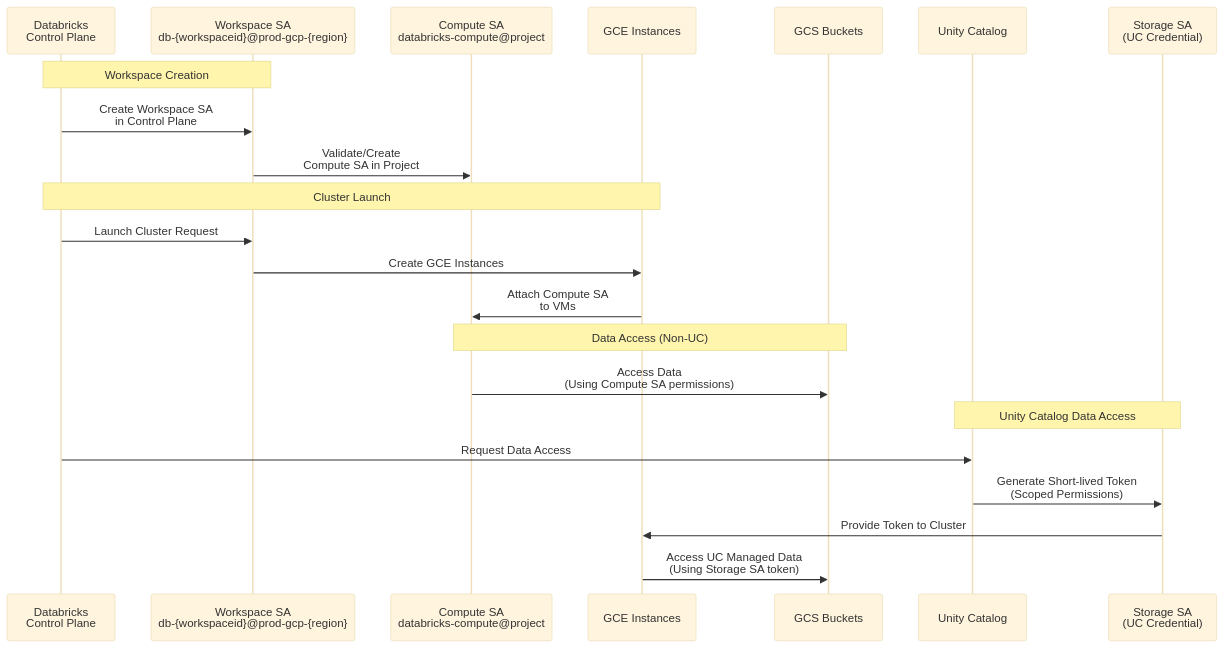
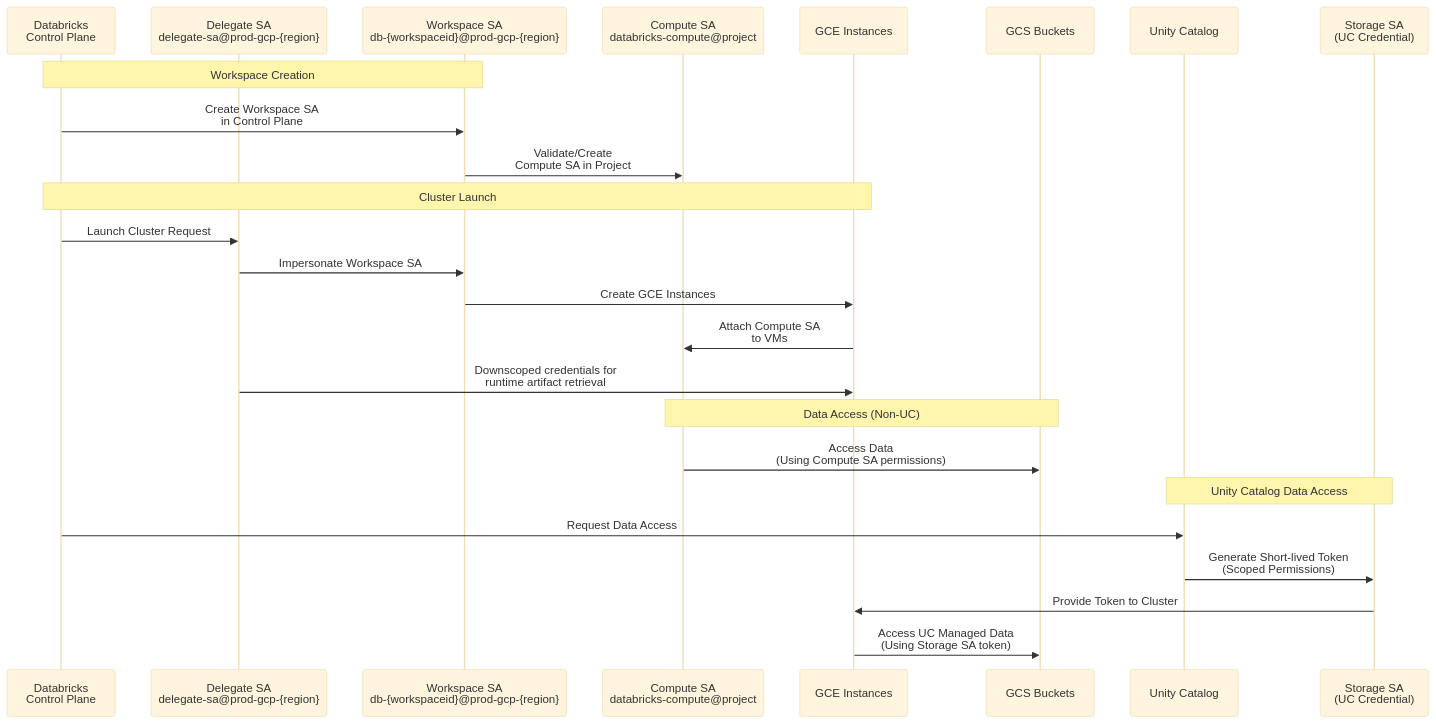
Before and after one commit to bhavink/databricks: the second of 5 diagrams in gcpdb4u/Workspace-Provisioning.md, drawn with Mermaid (base theme). The commit also changed other lines of this file and 3 other files, not shown here.

````diff
--- a/gcpdb4u/Workspace-Provisioning.md
+++ b/gcpdb4u/Workspace-Provisioning.md
@@ -86,28 +92,31 @@
 ```mermaid
 sequenceDiagram
     participant DCP as Databricks<br/>Control Plane
+    participant DEL as Delegate SA<br/>delegate-sa@prod-gcp-{region}
     participant WSA as Workspace SA<br/>db-{workspaceid}@prod-gcp-{region}
     participant CSA as Compute SA<br/>databricks-compute@project
     participant GCE as GCE Instances
     participant GCS as GCS Buckets
     participant UC as Unity Catalog
     participant SSA as Storage SA<br/>(UC Credential)
 
     Note over DCP,WSA: Workspace Creation
     DCP->>WSA: Create Workspace SA<br/>in Control Plane
     WSA->>CSA: Validate/Create<br/>Compute SA in Project
 
     Note over DCP,GCE: Cluster Launch
-    DCP->>WSA: Launch Cluster Request
+    DCP->>DEL: Launch Cluster Request
+    DEL->>WSA: Impersonate Workspace SA
     WSA->>GCE: Create GCE Instances
     GCE->>CSA: Attach Compute SA<br/>to VMs
+    DEL->>GCE: Downscoped credentials for<br/>runtime artifact retrieval
 
     Note over CSA,GCS: Data Access (Non-UC)
     CSA->>GCS: Access Data<br/>(Using Compute SA permissions)
 
     Note over UC,SSA: Unity Catalog Data Access
     DCP->>UC: Request Data Access
     UC->>SSA: Generate Short-lived Token<br/>(Scoped Permissions)
     SSA->>GCE: Provide Token to Cluster
     GCE->>GCS: Access UC Managed Data<br/>(Using Storage SA token)
 ```
````
